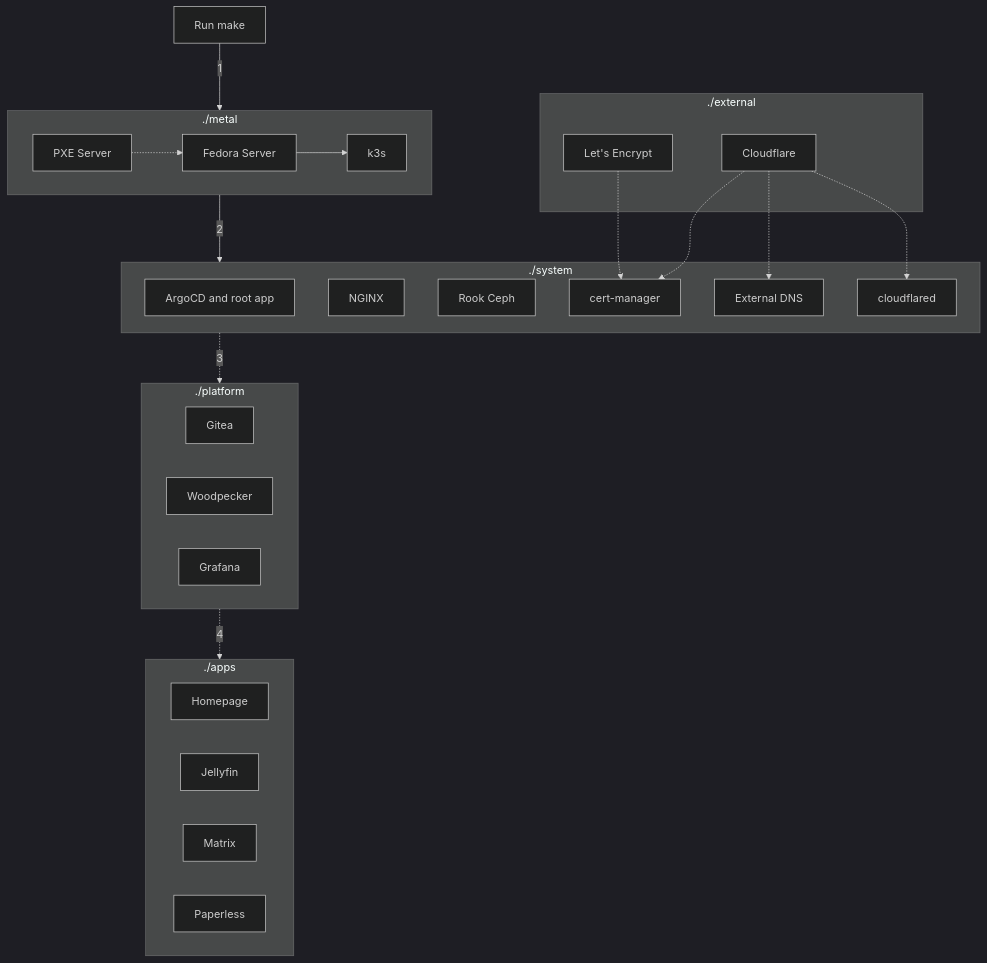
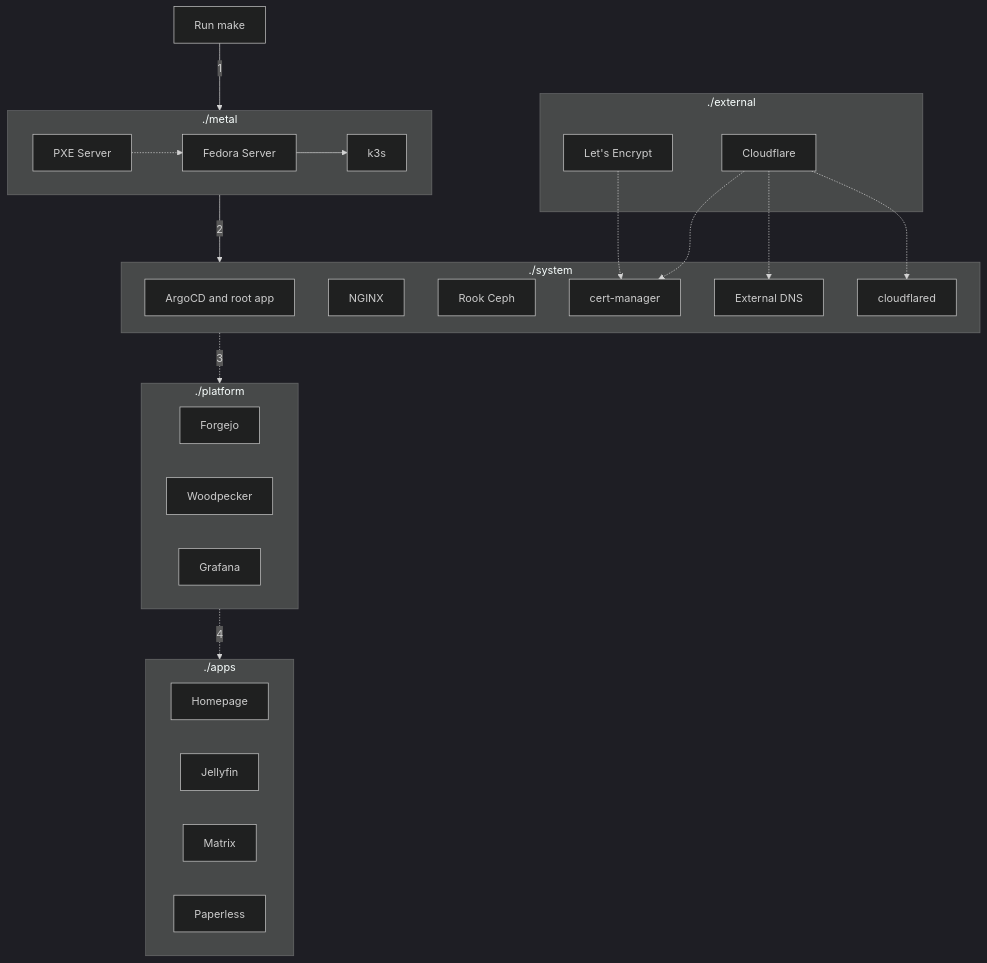
One commit to duongle-steven/homelab changed the diagram in docs/reference/architecture/overview.md. Above: the diagram before and after it, drawn with Mermaid (dark theme). The commit also changed other lines of this file and 11 other files, not shown here.

First line of the commit message:
docs: Forgejo replaces Gitea

````diff
--- a/docs/reference/architecture/overview.md
+++ b/docs/reference/architecture/overview.md
@@ -46,40 +46,40 @@
 ```mermaid
 flowchart TD
   subgraph metal[./metal]
     pxe[PXE Server] -.-> linux[Fedora Server] --> k3s
   end
 
   subgraph system[./system]
     argocd[ArgoCD and root app]
     nginx[NGINX]
     rook-ceph[Rook Ceph]
     cert-manager
     external-dns[External DNS]
     cloudflared
   end
 
   subgraph external[./external]
     letsencrypt[Let's Encrypt]
     cloudflare[Cloudflare]
   end
 
   letsencrypt -.-> cert-manager
   cloudflare -.-> cert-manager
   cloudflare -.-> external-dns
   cloudflare -.-> cloudflared
 
   subgraph platform[./platform]
-    Gitea
+    Forgejo
     Woodpecker
     Grafana
   end
 
   subgraph apps[./apps]
     homepage[Homepage]
     jellyfin[Jellyfin]
     matrix[Matrix]
     paperless[Paperless]
   end
 
   make[Run make] -- 1 --> metal -- 2 --> system -. 3 .-> platform -. 4 .-> apps
 ```
````
